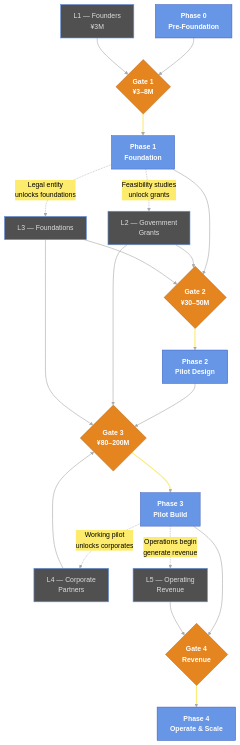
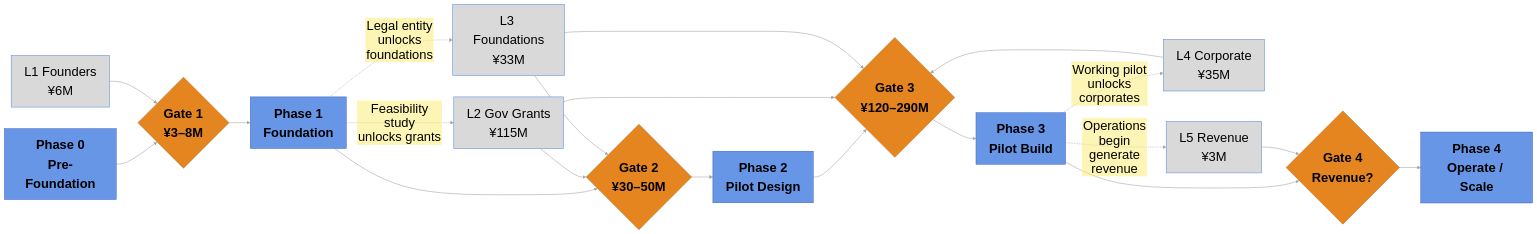
Before and after one commit to robouden/mitsue-ai-data-center: the diagram in docs/strategy/mitsue_phases_funding_flowchart.md, drawn with Mermaid. The commit also changed other lines of this file and 7 other files, not shown here.

First line of the commit message:
Fix mermaid edge-label text contrast in funding flowchart and forest-led diagrams

````diff
--- a/docs/strategy/mitsue_phases_funding_flowchart.md
+++ b/docs/strategy/mitsue_phases_funding_flowchart.md
@@ -93,44 +24,38 @@
 ```mermaid
-%%{init: {'theme':'base','themeVariables':{
+%%{init: {'theme':'base','flowchart':{'htmlLabels':false},'themeVariables':{
   'background':'#404040',
   'primaryColor':'#6796e6','primaryTextColor':'#FFFFFF','primaryBorderColor':'#3655b5',
-  'lineColor':'#A8A8A8','textColor':'#DEDEDE',
+  'lineColor':'#A8A8A8','textColor':'#1A1A1A',
+  'edgeLabelBackground':'#FCEB6C',
   'fontFamily':'Segoe UI, Helvetica, sans-serif',
-  'edgeLabelBackground':'#FCEB6C'
+  'fontSize':'30px'
 }}}%%
-flowchart TB
+flowchart LR
     P0["Phase 0<br/>Pre-Foundation"] --> G1{"Gate 1<br/>¥3–8M"}
     G1 --> P1["Phase 1<br/>Foundation"] --> G2{"Gate 2<br/>¥30–50M"}
-    G2 --> P2["Phase 2<br/>Pilot Design"] --> G3{"Gate 3<br/>¥80–200M"}
-    G3 --> P3["Phase 3<br/>Pilot Build"] --> G4{"Gate 4<br/>Revenue"}
-    G4 --> P4["Phase 4<br/>Operate &amp; Scale"]
+    G2 --> P2["Phase 2<br/>Pilot Design"] --> G3{"Gate 3<br/>¥120–290M"}
+    G3 --> P3["Phase 3<br/>Pilot Build"] --> G4{"Gate 4<br/>Revenue?"}
+    G4 --> P4["Phase 4<br/>Operate / Scale"]
 
-    F1["L1 — Founders<br/>¥3M"]
-    F2["L2 — Government<br/>Grants"]
-    F3["L3 — Foundations"]
-    F4["L4 — Corporate<br/>Partners"]
-    F5["L5 — Operating<br/>Revenue"]
-
-    F1 --> G1
-    F2 --> G2
-    F3 --> G2
+    F1["L1 Founders<br/>¥6M"] --> G1
+    F2["L2 Gov Grants<br/>¥115M"] --> G2
+    F3["L3 Foundations<br/>¥33M"] --> G2
     F2 --> G3
     F3 --> G3
-    F4 --> G3
-    F5 --> G4
+    F4["L4 Corporate<br/>¥35M"] --> G3
+    F5["L5 Revenue<br/>¥3M"] --> G4
 
-    P1 -.->|Feasibility studies<br/>unlock grants| F2
+    P1 -.->|Feasibility study<br/>unlocks grants| F2
     P1 -.->|Legal entity<br/>unlocks foundations| F3
     P3 -.->|Working pilot<br/>unlocks corporates| F4
     P3 -.->|Operations begin<br/>generate revenue| F5
 
-    classDef phase fill:#6796e6,stroke:#3655b5,stroke-width:1px,color:#FFFFFF,font-weight:bold
-    classDef gate  fill:#e58520,stroke:#A85C10,stroke-width:1px,color:#FFFFFF,font-weight:bold
-    classDef fund  fill:#505050,stroke:#6796e6,stroke-width:1.4px,color:#DEDEDE
+    classDef phase fill:#6796e6,stroke:#3655b5,stroke-width:1px,color:#000000,font-weight:bold
+    classDef gate  fill:#e58520,stroke:#A85C10,stroke-width:1px,color:#000000,font-weight:bold
+    classDef fund  fill:#D9D9D9,stroke:#6796e6,stroke-width:1.4px,color:#000000
     class P0,P1,P2,P3,P4 phase
     class G1,G2,G3,G4 gate
     class F1,F2,F3,F4,F5 fund
 
     linkStyle default stroke:#A8A8A8,stroke-width:1.4px,color:#000000
-    linkStyle 1,3,5,7 stroke:#FCEB6C,stroke-width:2.5px,color:#000000
 ```
````
